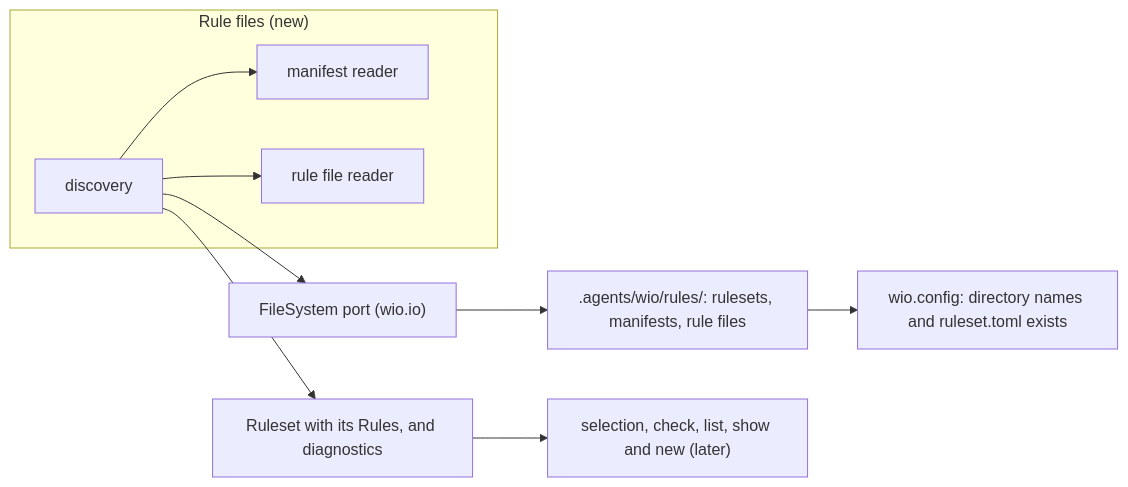
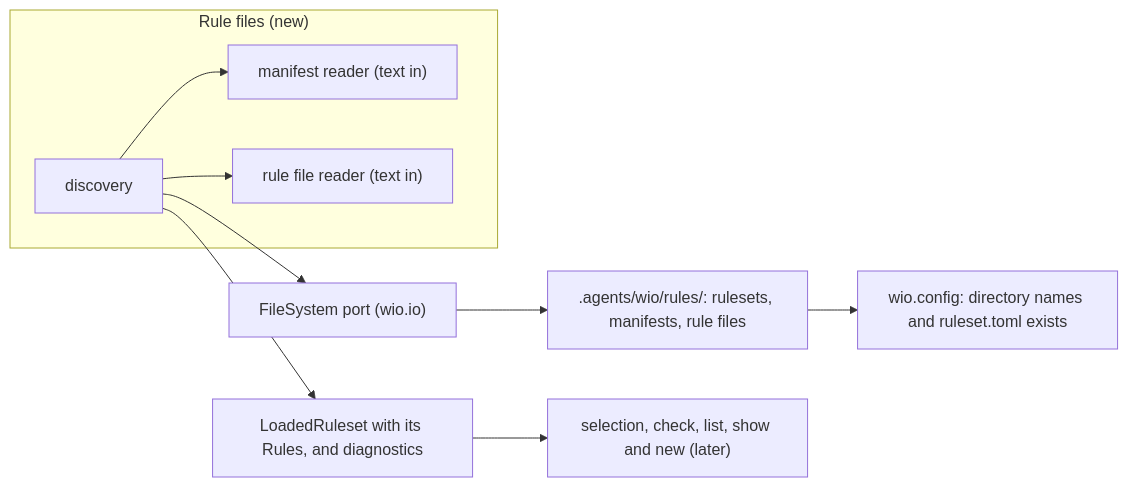
Before and after one commit to msitarz/wio: the second of 2 diagrams in .agents/wio/works/wio-rules/rule-files/README.md, drawn with Mermaid. The commit also changed other lines of this file and 3 other files, not shown here.

First line of the commit message:
docs(rules): settle the names, the discovery faults and the key forms of the rule files Works

````diff
--- a/.agents/wio/works/wio-rules/rule-files/README.md
+++ b/.agents/wio/works/wio-rules/rule-files/README.md
@@ -123,20 +123,20 @@
 ```mermaid
 flowchart LR
     files[".agents/wio/rules/: rulesets, manifests, rule files"]
     cfg["wio.config: directory names and ruleset.toml exists"]
     fsport["FileSystem port (wio.io)"]
     subgraph rf["Rule files (new)"]
         discovery["discovery"]
-        manifest["manifest reader"]
-        rule["rule file reader"]
+        manifest["manifest reader (text in)"]
+        rule["rule file reader (text in)"]
     end
-    out["Ruleset with its Rules, and diagnostics"]
+    out["LoadedRuleset with its Rules, and diagnostics"]
     later["selection, check, list, show and new (later)"]
     files --> cfg
     discovery --> fsport
     fsport --> files
     discovery --> manifest
     discovery --> rule
     discovery --> out
     out --> later
 ```
````
